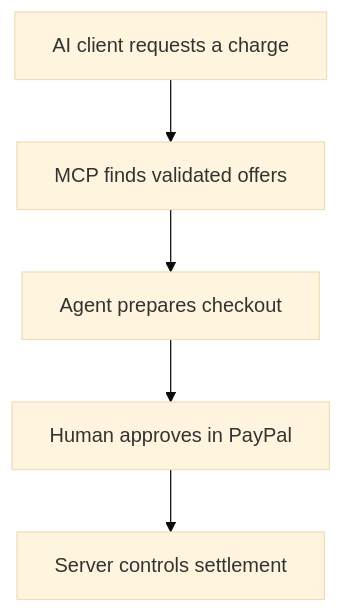
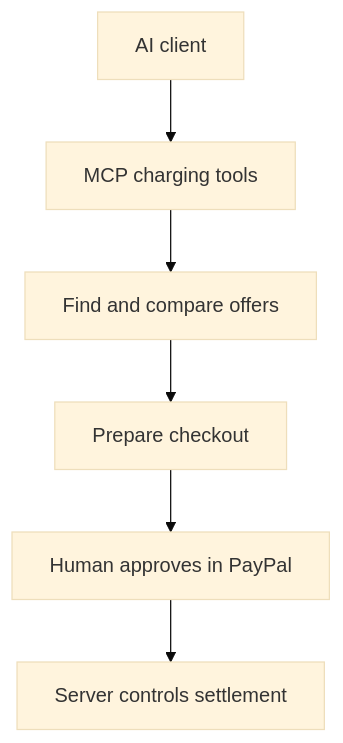
The fourth of 5 diagrams in README.md (piyusha-sayal/gridwindow-flexpay), drawn with Mermaid (base theme) before and after one commit. The commit also changed other lines of this file, not shown here.

````diff
--- a/README.md
+++ b/README.md
@@ -171,7 +401,8 @@
 ```mermaid
 flowchart TB
-    A["AI client requests a charge"] --> B["MCP finds validated offers"]
-    B --> C["Agent prepares checkout"]
-    C --> D["Human approves in PayPal"]
-    D --> E["Server controls settlement"]
+    A["AI client"] --> B["MCP charging tools"]
+    B --> C["Find and compare offers"]
+    C --> D["Prepare checkout"]
+    D --> E["Human approves in PayPal"]
+    E --> F["Server controls settlement"]
 ```
````
